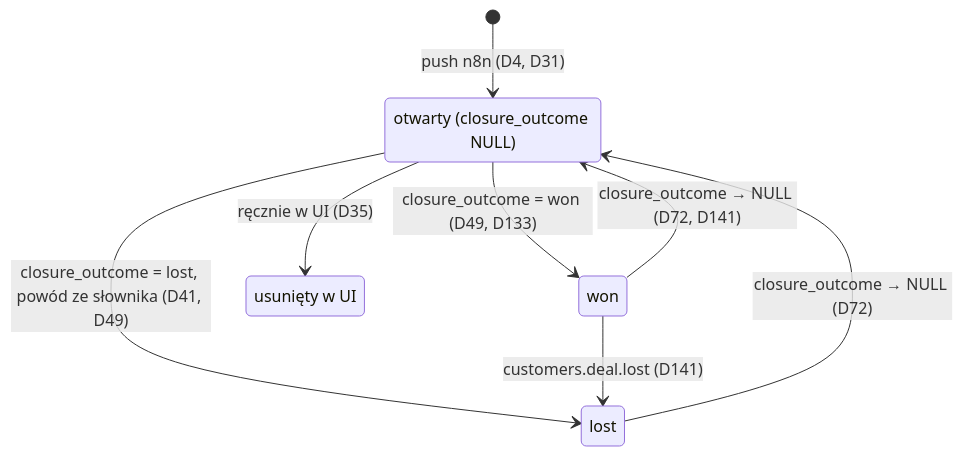
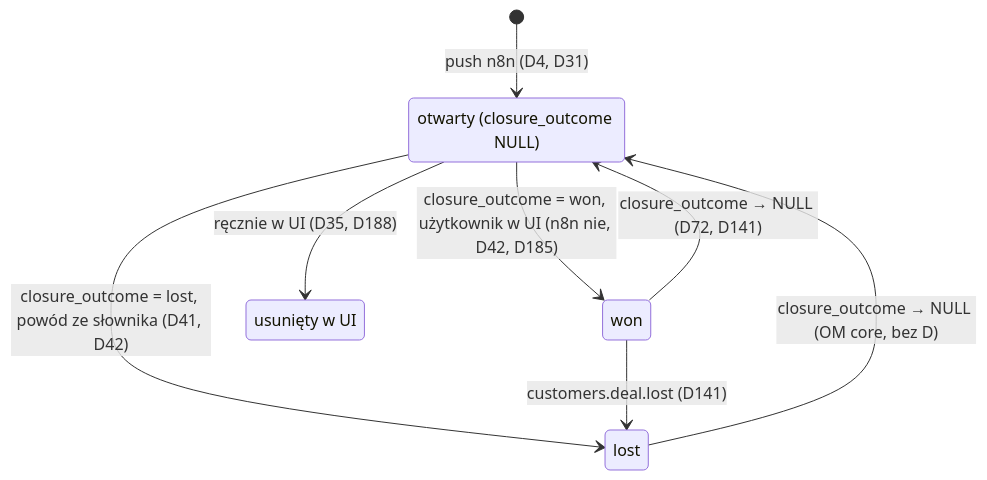
Before and after one commit to AdamskiMarek/open-mercato: the first of 4 diagrams in .ai/architecture.md, drawn with Mermaid. The commit also changed other lines of this file and 6 other files, not shown here.

````diff
--- a/.ai/architecture.md
+++ b/.ai/architecture.md
@@ -25,14 +25,14 @@
 ```mermaid
 stateDiagram-v2
     state "otwarty (closure_outcome NULL)" as open
     state "won" as won
     state "lost" as lost
     state "usunięty w UI" as deleted
     [*] --> open: push n8n (D4, D31)
-    open --> won: closure_outcome = won (D49, D133)
-    open --> lost: closure_outcome = lost, powód ze słownika (D41, D49)
+    open --> won: closure_outcome = won, użytkownik w UI (n8n nie, D42, D185)
+    open --> lost: closure_outcome = lost, powód ze słownika (D41, D42)
     won --> open: closure_outcome → NULL (D72, D141)
     won --> lost: customers.deal.lost (D141)
-    lost --> open: closure_outcome → NULL (D72)
-    open --> deleted: ręcznie w UI (D35)
+    lost --> open: closure_outcome → NULL (OM core, bez D)
+    open --> deleted: ręcznie w UI (D35, D188)
 ```
````
